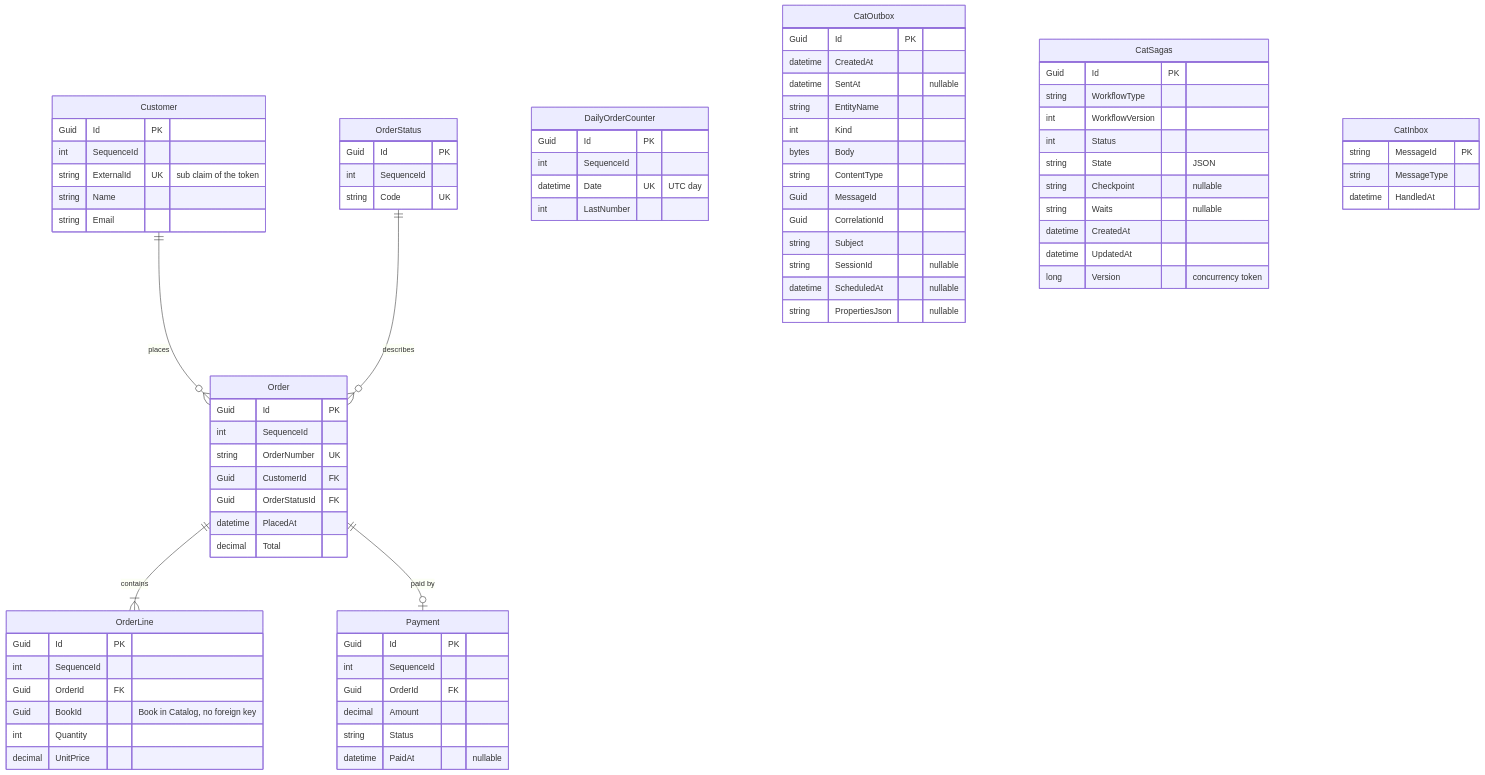
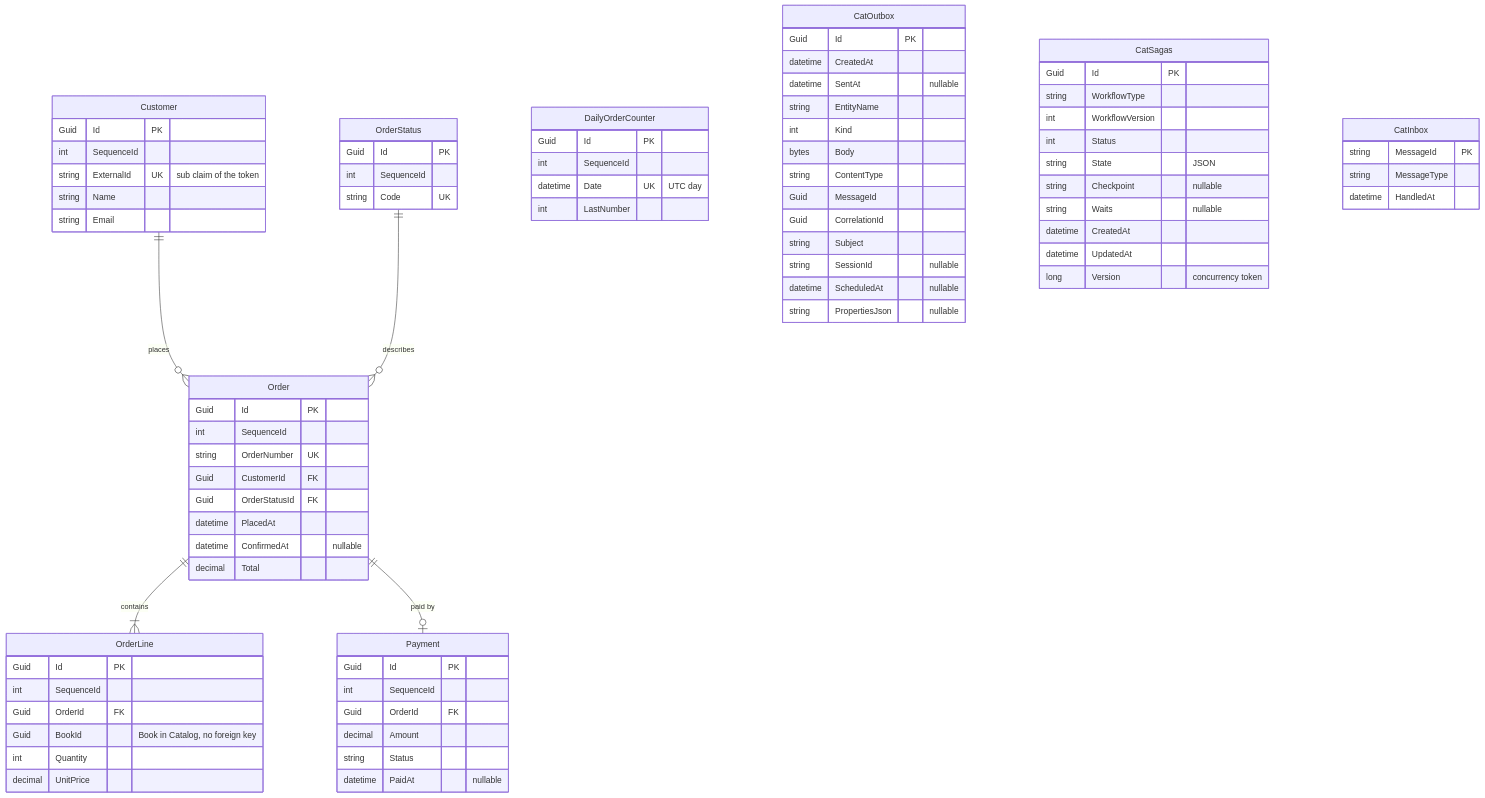
Before and after one commit to gmarginet/CleanArchitectureToolkit: the second of 4 diagrams in demo/README.md, drawn with Mermaid. The commit also changed other lines of this file and 5 other files, not shown here.

```diff
--- a/demo/README.md
+++ b/demo/README.md
@@ -757,6 +761,7 @@
         Guid CustomerId FK
         Guid OrderStatusId FK
         datetime PlacedAt
+        datetime ConfirmedAt "nullable"
         decimal Total
     }
     OrderLine {
```
